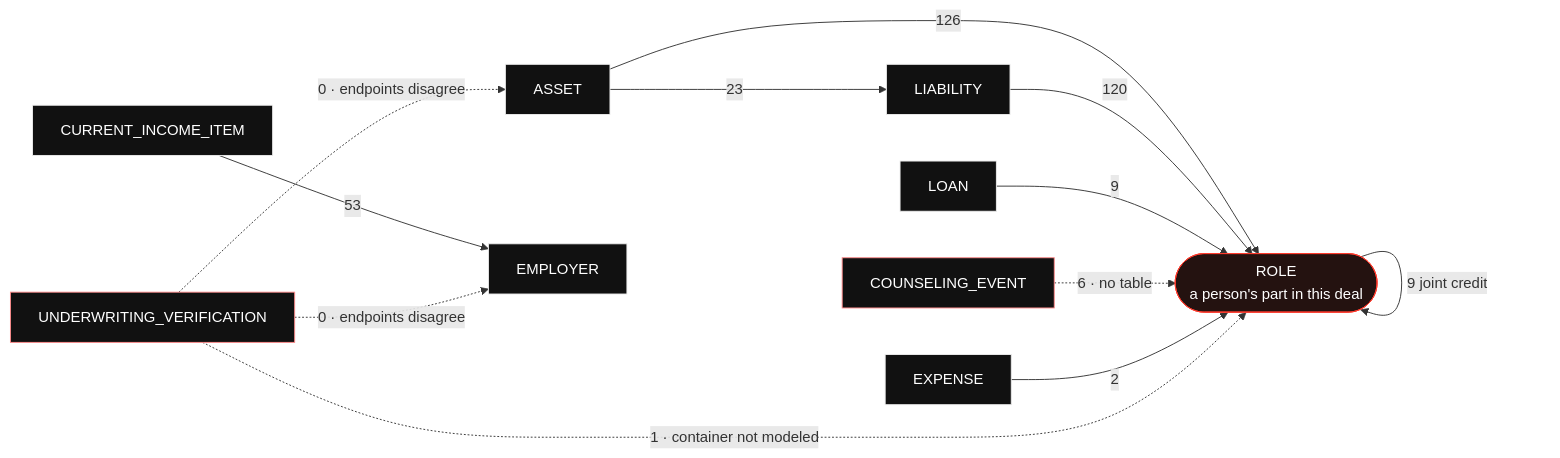
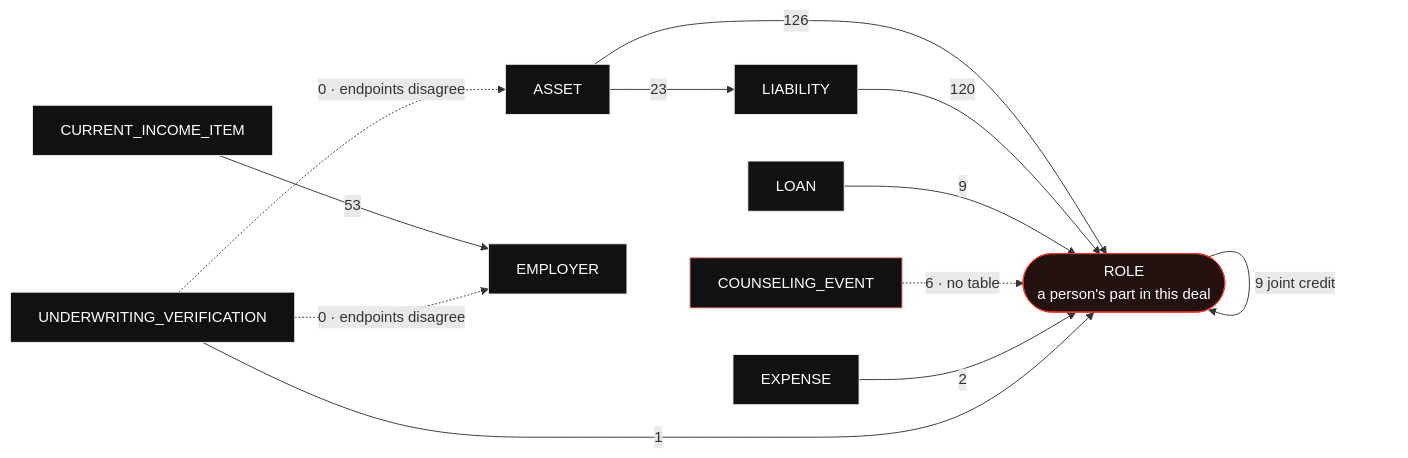
Before and after one commit to Walt-Home/Homestead-Mortgages: the diagram in docs/du-graph.md, drawn with Mermaid. The commit also changed other lines of this file and 32 other files, not shown here.

````diff
--- a/docs/du-graph.md
+++ b/docs/du-graph.md
@@ -37,31 +37,31 @@
 ```mermaid
 flowchart LR
   ASSET["ASSET"]
   LIABILITY["LIABILITY"]
   EXPENSE["EXPENSE"]
   LOAN["LOAN"]
   ROLE(["ROLE<br/>a person's part in this deal"])
   INCOME["CURRENT_INCOME_ITEM"]
   EMPLOYER["EMPLOYER"]
   COUNSELING["COUNSELING_EVENT"]
   UWV["UNDERWRITING_VERIFICATION"]
 
   ASSET -- "126" --> ROLE
   LIABILITY -- "120" --> ROLE
   INCOME -- "53" --> EMPLOYER
   ASSET -- "23" --> LIABILITY
   ROLE -- "9 joint credit" --> ROLE
   LOAN -- "9" --> ROLE
   COUNSELING -. "6 · no table" .-> ROLE
   EXPENSE -- "2" --> ROLE
-  UWV -. "1 · container not modeled" .-> ROLE
+  UWV -- "1" --> ROLE
   UWV -. "0 · endpoints disagree" .-> ASSET
   UWV -. "0 · endpoints disagree" .-> EMPLOYER
 
   classDef held fill:#111,stroke:#ECECEC,color:#fff
   classDef hub fill:#241210,stroke:#FF3C2E,color:#fff
   classDef gap fill:#111,stroke:#FF8A8A,color:#fff
-  class ASSET,LIABILITY,EXPENSE,LOAN,INCOME,EMPLOYER held
+  class ASSET,LIABILITY,EXPENSE,LOAN,INCOME,EMPLOYER,UWV held
   class ROLE hub
-  class COUNSELING,UWV gap
+  class COUNSELING gap
 ```
````
